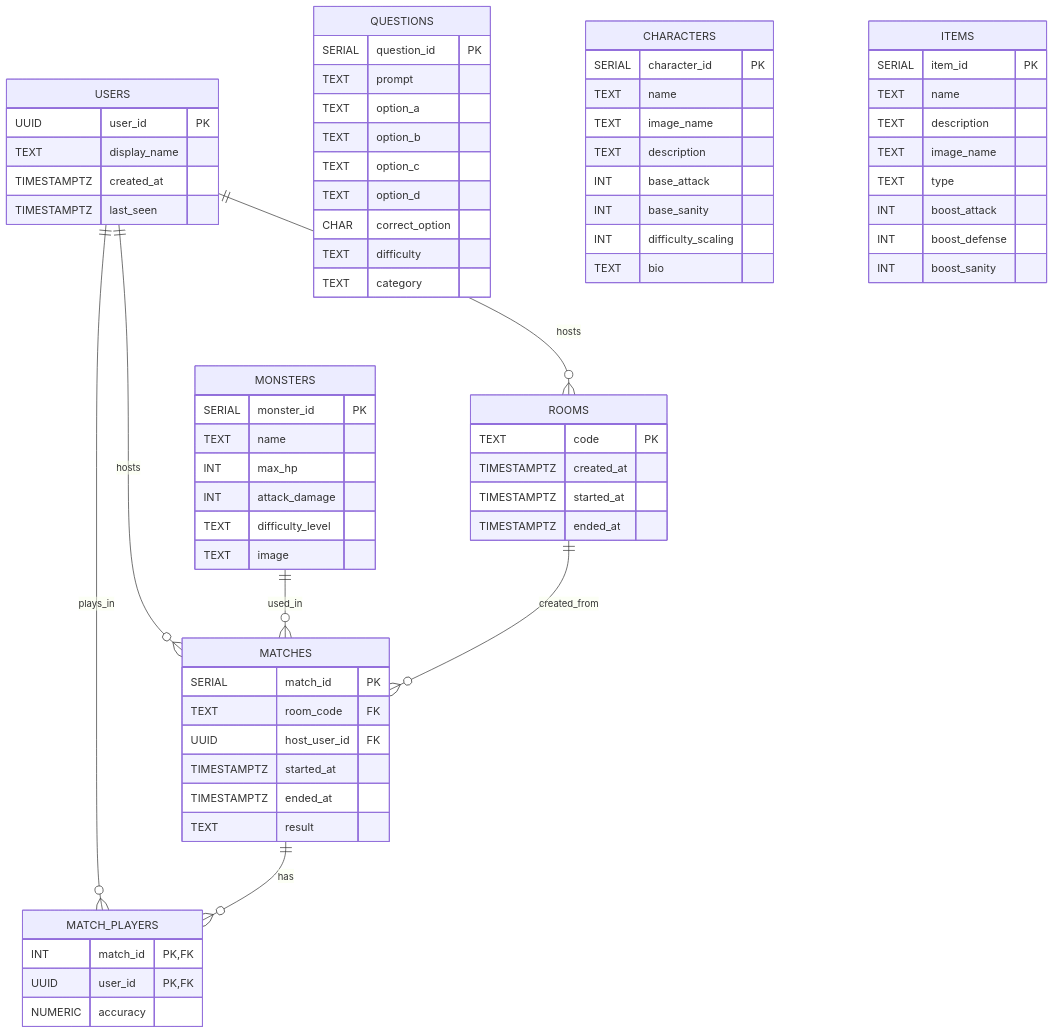
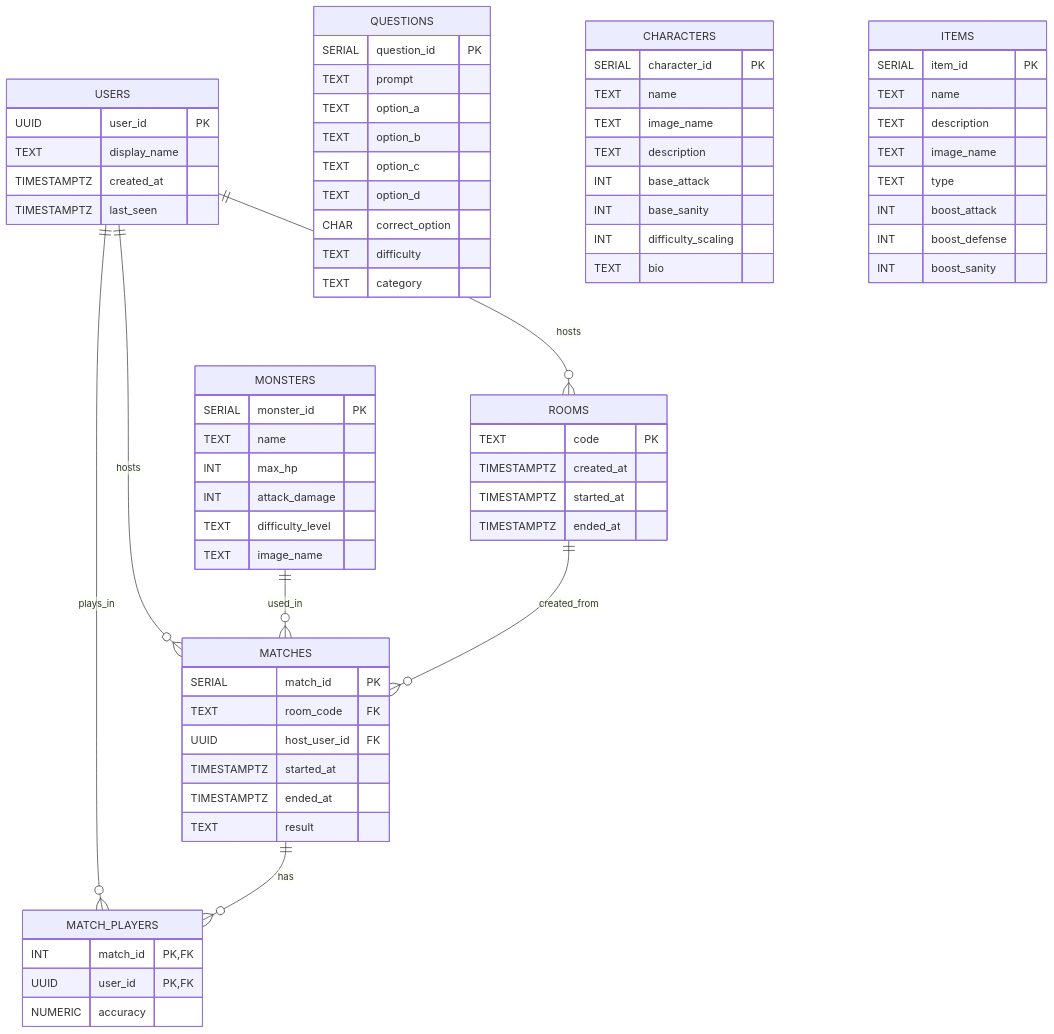
One commit to vertigo1919/eldritch-backend changed the diagram in docs/planning/backend-draft.md. Above: the diagram before and after it, drawn with Mermaid.

Commit message:
Rename 'image' to 'image_name' in backend draft

````diff
--- a/docs/planning/backend-draft.md
+++ b/docs/planning/backend-draft.md
@@ -5,82 +5,82 @@
 ```mermaid
 erDiagram
   USERS {
     UUID user_id PK
     TEXT display_name
     TIMESTAMPTZ created_at
     TIMESTAMPTZ last_seen
   }
 
   QUESTIONS {
     SERIAL question_id PK
     TEXT prompt
     TEXT option_a
     TEXT option_b
     TEXT option_c
     TEXT option_d
     CHAR correct_option
     TEXT difficulty
     TEXT category
   }
 
   MONSTERS {
     SERIAL monster_id PK
     TEXT name
     INT max_hp
     INT attack_damage
     TEXT difficulty_level
-    TEXT image
+    TEXT image_name
   }
 
   CHARACTERS {
     SERIAL character_id PK
     TEXT name
     TEXT image_name
     TEXT description
     INT base_attack
     INT base_sanity
     INT difficulty_scaling
     TEXT bio
   }
 
   ROOMS {
     TEXT code PK
     TIMESTAMPTZ created_at
     TIMESTAMPTZ started_at
     TIMESTAMPTZ ended_at
   }
 
   MATCHES {
     SERIAL match_id PK
     TEXT room_code FK
     UUID host_user_id FK
     TIMESTAMPTZ started_at
     TIMESTAMPTZ ended_at
     TEXT result
   }
 
   MATCH_PLAYERS {
     INT match_id PK, FK
     UUID user_id PK, FK
     NUMERIC accuracy
   }
 
 ITEMS {
   SERIAL item_id PK
   TEXT name
   TEXT description
   TEXT image_name
   TEXT type
   INT boost_attack
   INT boost_defense
   INT boost_sanity
 }
 
   %% Relationships
   USERS ||--o{ ROOMS : hosts
   USERS ||--o{ MATCHES : hosts
   USERS ||--o{ MATCH_PLAYERS : plays_in
   MONSTERS ||--o{ MATCHES : used_in
   ROOMS ||--o{ MATCHES : created_from
   MATCHES ||--o{ MATCH_PLAYERS : has
 ```
````
